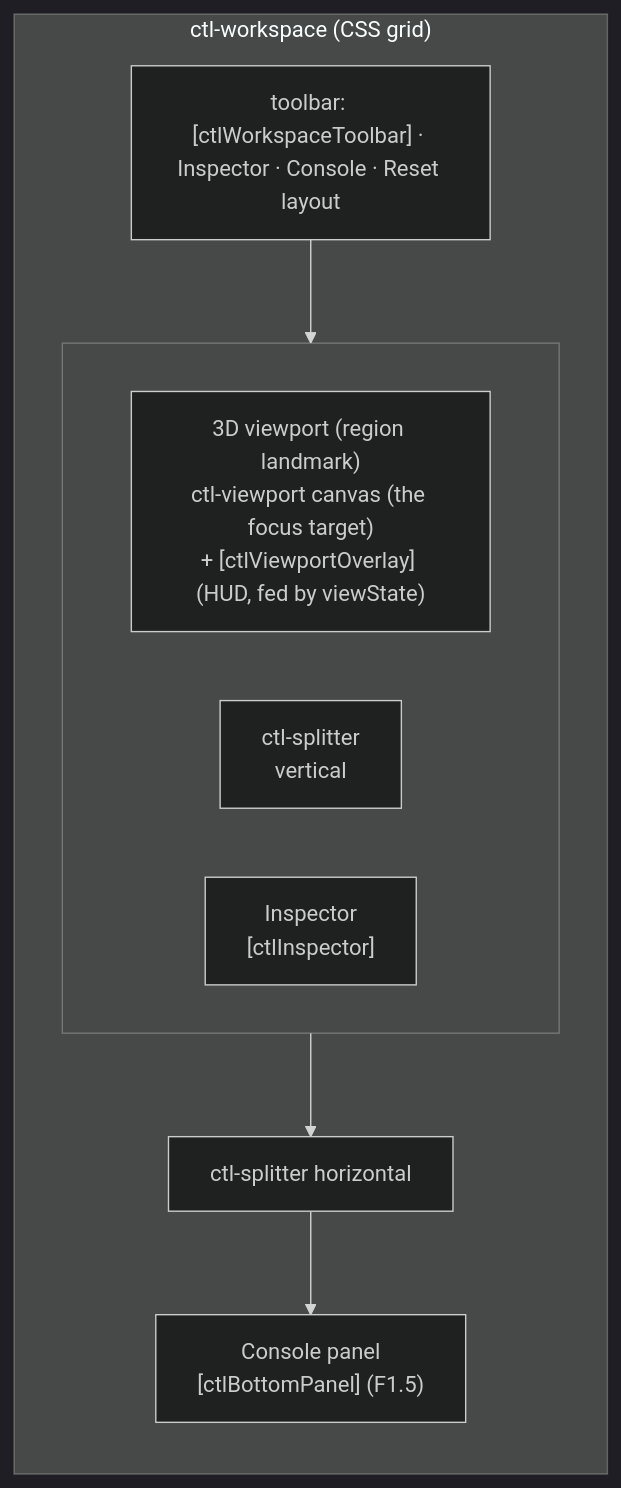
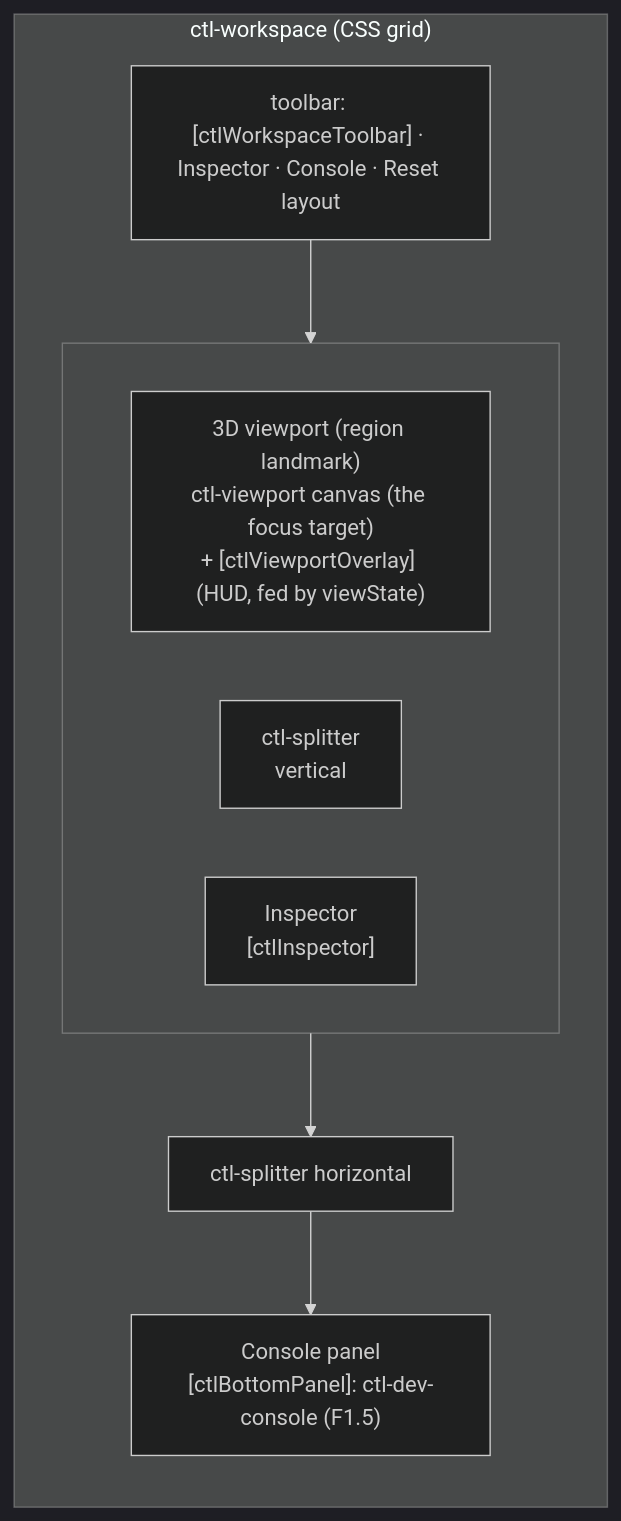
Before and after one commit to joebarbere/controls: the third of 8 diagrams in docs/architecture/ui-shell.md, drawn with Mermaid (dark theme). The commit also changed other lines of this file and 53 other files, not shown here.

First line of the commit message:
feat(console): F1.5 dev console on CodeMirror 6 (#11)

````diff
--- a/docs/architecture/ui-shell.md
+++ b/docs/architecture/ui-shell.md
@@ -62,16 +63,16 @@
 ```mermaid
 flowchart TB
     subgraph ws["ctl-workspace (CSS grid)"]
         direction TB
         TB["toolbar: [ctlWorkspaceToolbar] · Inspector · Console · Reset layout"]
         subgraph row[" "]
             direction LR
             VP["3D viewport (region landmark)<br/>ctl-viewport canvas (the focus target)<br/>+ [ctlViewportOverlay] (HUD, fed by viewState)"]
             VS["ctl-splitter<br/>vertical"]
             INS["Inspector<br/>[ctlInspector]"]
         end
         HS["ctl-splitter horizontal"]
-        BOT["Console panel<br/>[ctlBottomPanel] (F1.5)"]
+        BOT["Console panel<br/>[ctlBottomPanel]: ctl-dev-console (F1.5)"]
     end
     TB --> row --> HS --> BOT
 ```
````
